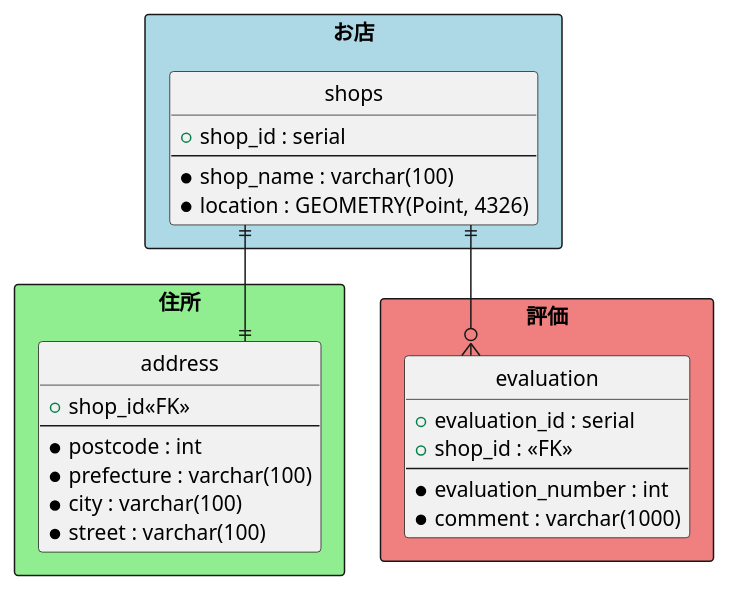
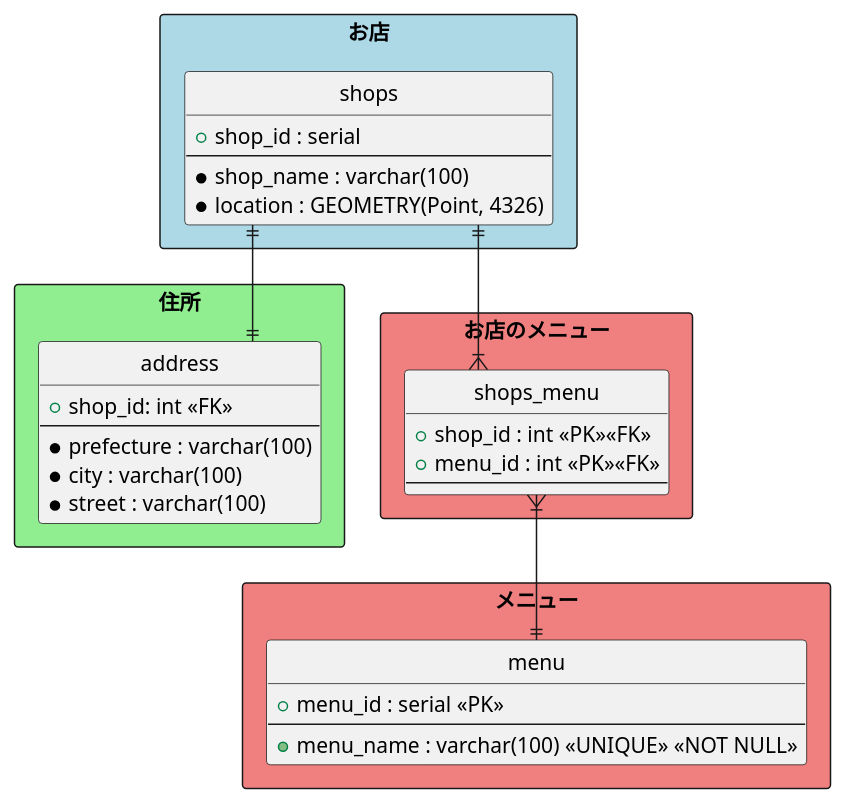
The diagram in er.pu (namichaz/vue_burito), drawn with PlantUML before and after one commit. The commit also changed 39 other files, not shown here.

```diff
--- a/er.pu
+++ b/er.pu
@@ -1,44 +1,50 @@
 @startuml burito search app
 ' hide the spot
 hide circle
 
 ' avoid problems with angled crows feet
 skinparam linetype ortho
 
 rectangle お店 #LightBlue {
   entity "shops" as shops {
     + shop_id : serial
     --
     * shop_name : varchar(100)
         '(Point, 4326)は緯度経度を２次元のデータで格納するという意味
     * location : GEOMETRY(Point, 4326)
   }
 }
 
 rectangle 住所 #lightgreen {
   entity "address" as address {
-    + shop_id<<FK>>
+    + shop_id: int <<FK>>
     --
-    * postcode : int
     * prefecture : varchar(100)
     * city : varchar(100)
     * street : varchar(100)
   }
 }
 
-rectangle 評価 #LightCoral{
-  entity "evaluation" as evaluation {
-    + evaluation_id : serial
-    + shop_id : <<FK>>
+rectangle お店のメニュー #LightCoral{
+  entity "shops_menu" as shops_menu {
+    + shop_id : int <<PK>><<FK>>
+    + menu_id : int <<PK>><<FK>>
     --
-    * evaluation_number : int
-    * comment : varchar(1000)
+  }
+}
+
+rectangle メニュー #LightCoral{
+  entity "menu" as menu {
+    + menu_id : serial <<PK>>
+    --
+    + menu_name : varchar(100) <<UNIQUE>> <<NOT NULL>>
   }
 }
 
 
 
 shops ||--|| address
-shops ||--o{ evaluation
+shops ||--|{ shops_menu
+shops_menu }|--|| menu
 
 @enduml
```
